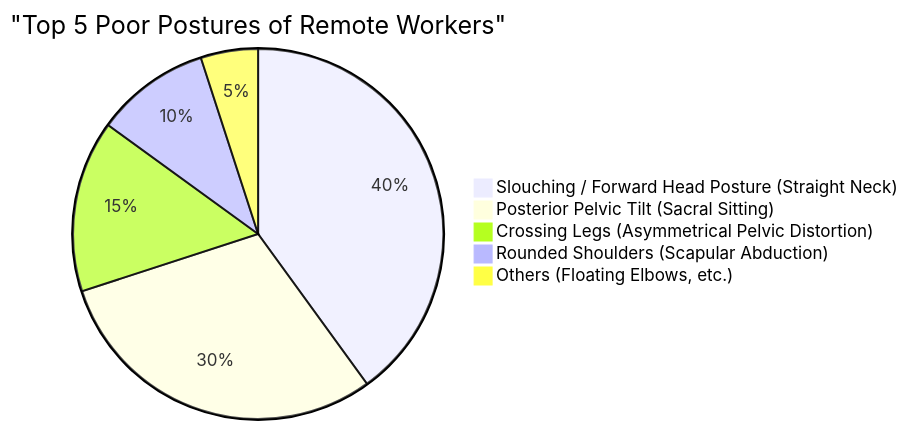
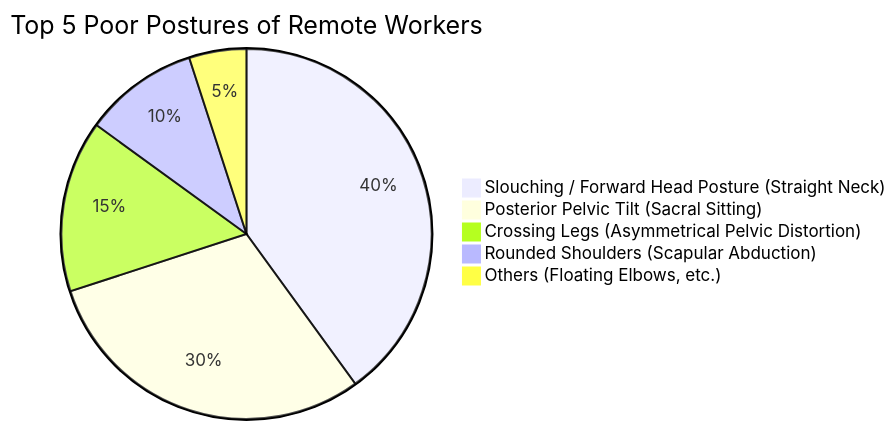
The second of 2 diagrams in content/post/ergonomic_chairs/index.en.md (kenjinote/blog), drawn with Mermaid before and after one commit. The commit also changed other lines of this file and 703 other files, not shown here.

Commit message:
Fix: Remove quotes from Mermaid link texts and timeline definitions to support Mermaid 11.4.1

````diff
--- a/content/post/ergonomic_chairs/index.en.md
+++ b/content/post/ergonomic_chairs/index.en.md
@@ -135,8 +135,8 @@
 ```mermaid
-pie title "Top 5 Poor Postures of Remote Workers"
+pie title Top 5 Poor Postures of Remote Workers
     "Slouching / Forward Head Posture (Straight Neck)" : 40
     "Posterior Pelvic Tilt (Sacral Sitting)" : 30
     "Crossing Legs (Asymmetrical Pelvic Distortion)" : 15
     "Rounded Shoulders (Scapular Abduction)" : 10
     "Others (Floating Elbows, etc.)" : 5
 ```
````
